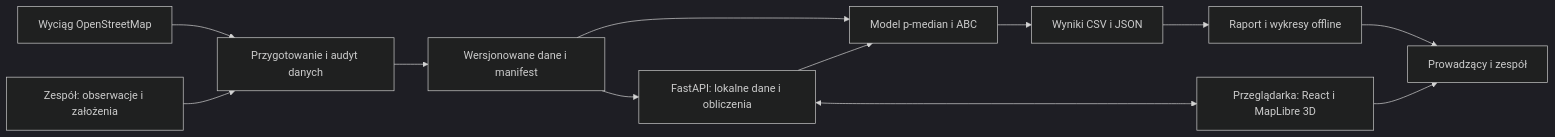
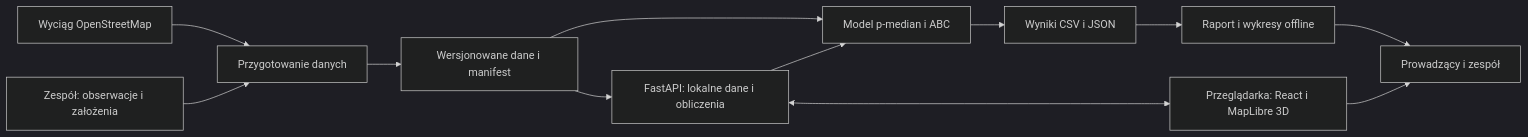
One commit to karolbystrek/algorytmy-inspirowane-natura-projekt changed the first of 3 diagrams in docs/ARCHITECTURE.md. Above: the diagram before and after it, drawn with Mermaid (dark theme). The commit also changed other lines of this file and 21 other files, not shown here.

````diff
--- a/docs/ARCHITECTURE.md
+++ b/docs/ARCHITECTURE.md
@@ -21,14 +21,14 @@
 ```mermaid
 flowchart LR
-    OSM[Wyciąg OpenStreetMap] --> PREP[Przygotowanie i audyt danych]
+    OSM[Wyciąg OpenStreetMap] --> PREP[Przygotowanie danych]
     TEAM[Zespół: obserwacje i założenia] --> PREP
     PREP --> FILES[Wersjonowane dane i manifest]
     FILES --> MODEL[Model p-median i ABC]
     MODEL --> RESULTS[Wyniki CSV i JSON]
     RESULTS --> REPORT[Raport i wykresy offline]
     FILES --> API[FastAPI: lokalne dane i obliczenia]
     API --> MODEL
     API <--> UI[Przeglądarka: React i MapLibre 3D]
     UI --> TEACHER[Prowadzący i zespół]
     REPORT --> TEACHER
 ```
````
